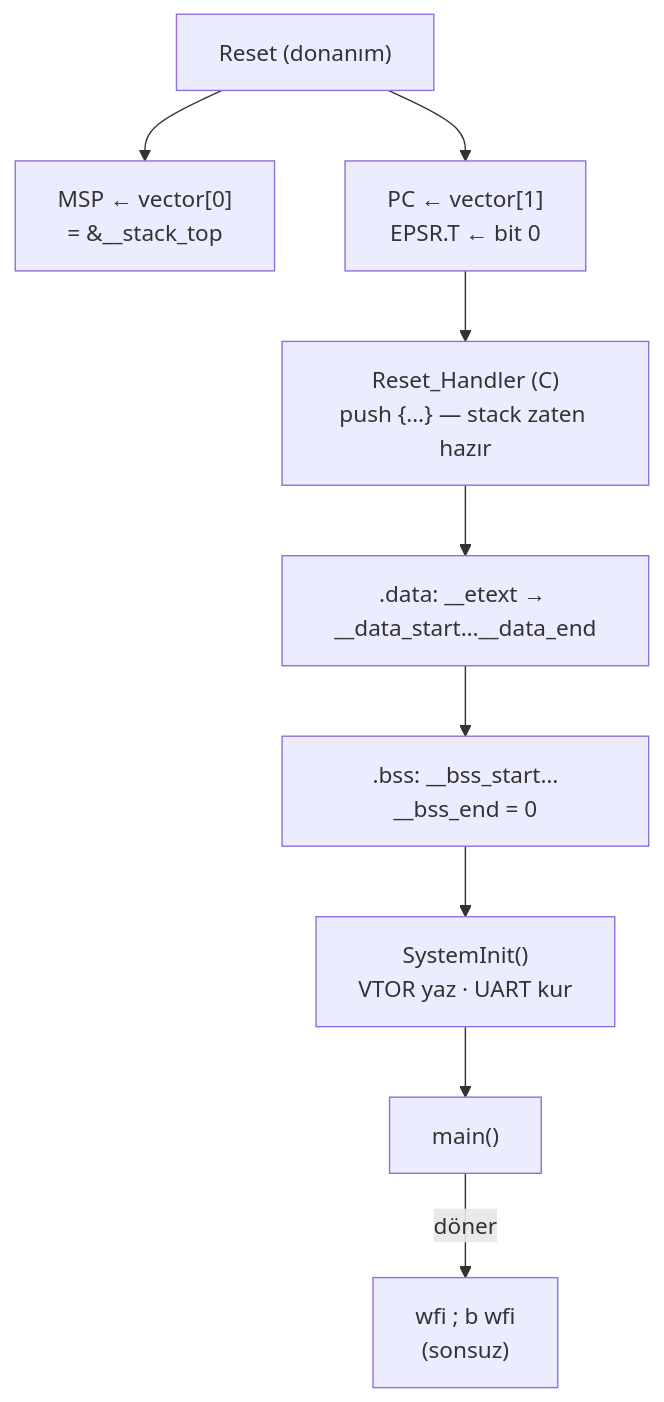
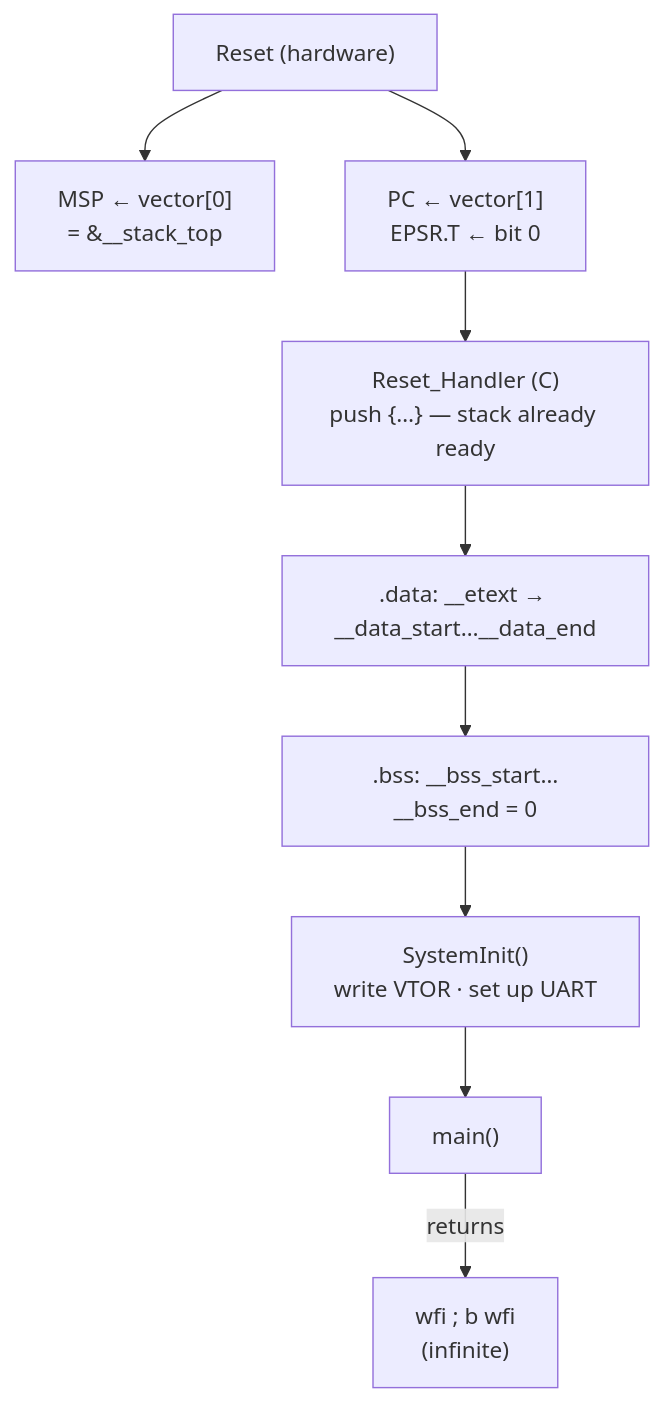
The diagram in lessons/11-startup/README.md (Merd0/ARM-Cortex-M-Lab), drawn with Mermaid before and after one commit. The commit also changed other lines of this file and 18 other files, not shown here.

````diff
--- a/lessons/11-startup/README.md
+++ b/lessons/11-startup/README.md
@@ -117,11 +119,11 @@
 ```mermaid
 flowchart TD
-    R["Reset (donanım)"] --> V0["MSP ← vector[0]<br/>= &__stack_top"]
+    R["Reset (hardware)"] --> V0["MSP ← vector[0]<br/>= &__stack_top"]
     R --> V1["PC ← vector[1]<br/>EPSR.T ← bit 0"]
-    V1 --> RH["Reset_Handler (C)<br/>push {…} — stack zaten hazır"]
+    V1 --> RH["Reset_Handler (C)<br/>push {…} — stack already ready"]
     RH --> D[".data: __etext → __data_start…__data_end"]
     D --> B[".bss: __bss_start…__bss_end = 0"]
-    B --> S["SystemInit()<br/>VTOR yaz · UART kur"]
+    B --> S["SystemInit()<br/>write VTOR · set up UART"]
     S --> M["main()"]
-    M -->|"döner"| W["wfi ; b wfi<br/>(sonsuz)"]
+    M -->|"returns"| W["wfi ; b wfi<br/>(infinite)"]
 ```
````
